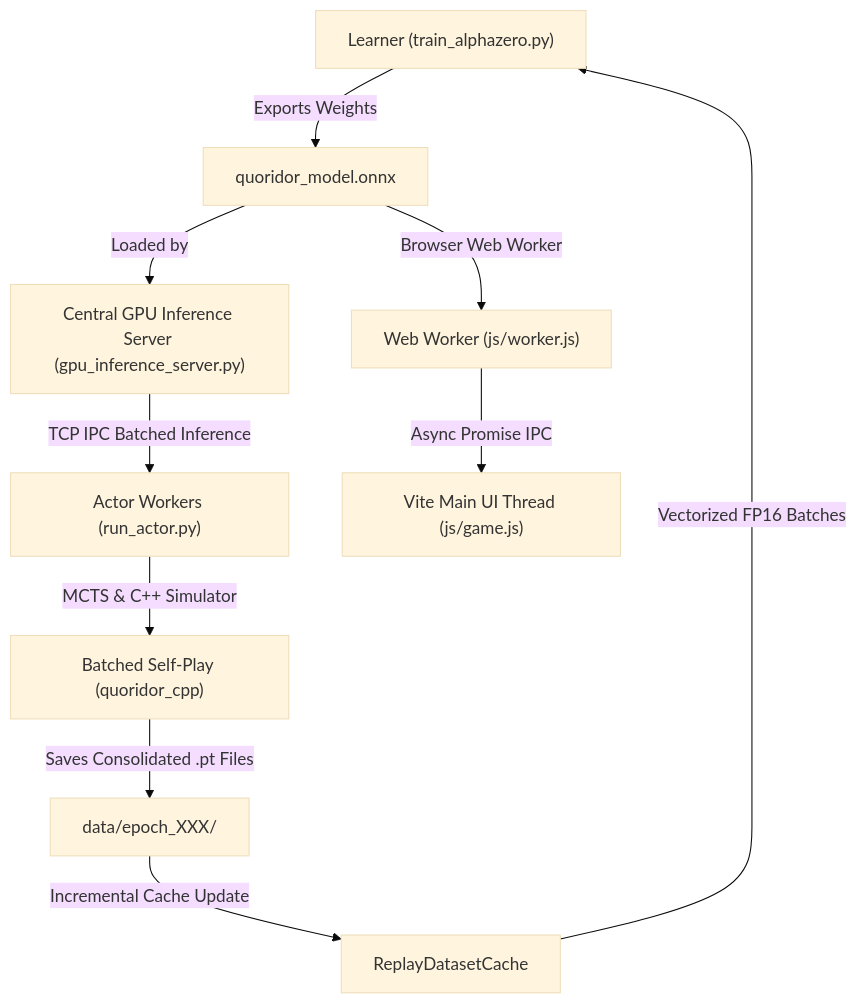
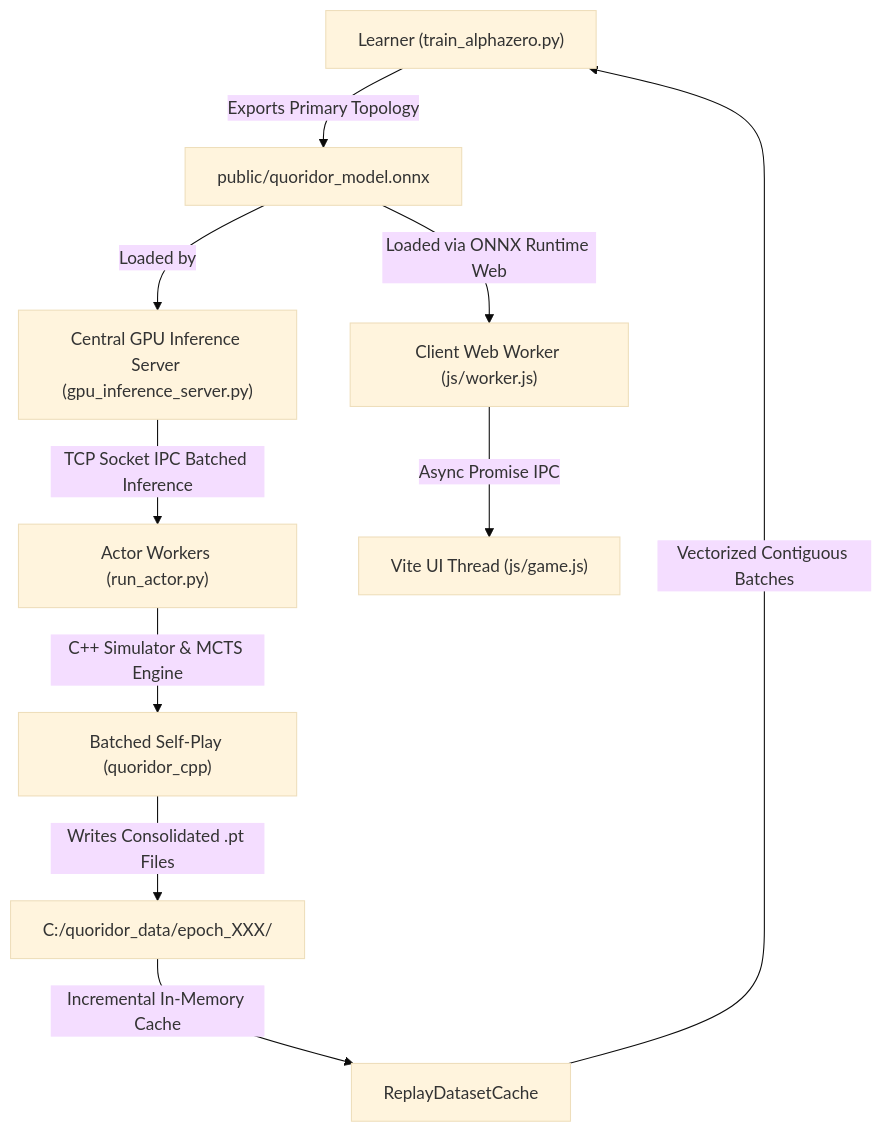
The diagram in docs/architecture.md (OuiHui/Quoridor), drawn with Mermaid (base theme) before and after one commit. The commit also changed other lines of this file and 41 other files, not shown here.

````diff
--- a/docs/architecture.md
+++ b/docs/architecture.md
@@ -11,12 +11,12 @@
 ```mermaid
 graph TD
-    A["Learner (train_alphazero.py)"] -->|Exports Weights| B["quoridor_model.onnx"]
+    A["Learner (train_alphazero.py)"] -->|Exports Primary Topology| B["public/quoridor_model.onnx"]
     B -->|Loaded by| S["Central GPU Inference Server (gpu_inference_server.py)"]
-    S -->|TCP IPC Batched Inference| C["Actor Workers (run_actor.py)"]
-    C -->|MCTS & C++ Simulator| D["Batched Self-Play (quoridor_cpp)"]
-    D -->|Saves Consolidated .pt Files| E["data/epoch_XXX/"]
-    E -->|Incremental Cache Update| F["ReplayDatasetCache"]
-    F -->|Vectorized FP16 Batches| A
-    B -->|Browser Web Worker| G["Web Worker (js/worker.js)"]
-    G -->|Async Promise IPC| H["Vite Main UI Thread (js/game.js)"]
+    S -->|TCP Socket IPC Batched Inference| C["Actor Workers (run_actor.py)"]
+    C -->|C++ Simulator & MCTS Engine| D["Batched Self-Play (quoridor_cpp)"]
+    D -->|Writes Consolidated .pt Files| E["C:/quoridor_data/epoch_XXX/"]
+    E -->|Incremental In-Memory Cache| F["ReplayDatasetCache"]
+    F -->|Vectorized Contiguous Batches| A
+    B -->|Loaded via ONNX Runtime Web| G["Client Web Worker (js/worker.js)"]
+    G -->|Async Promise IPC| H["Vite UI Thread (js/game.js)"]
 ```
````
